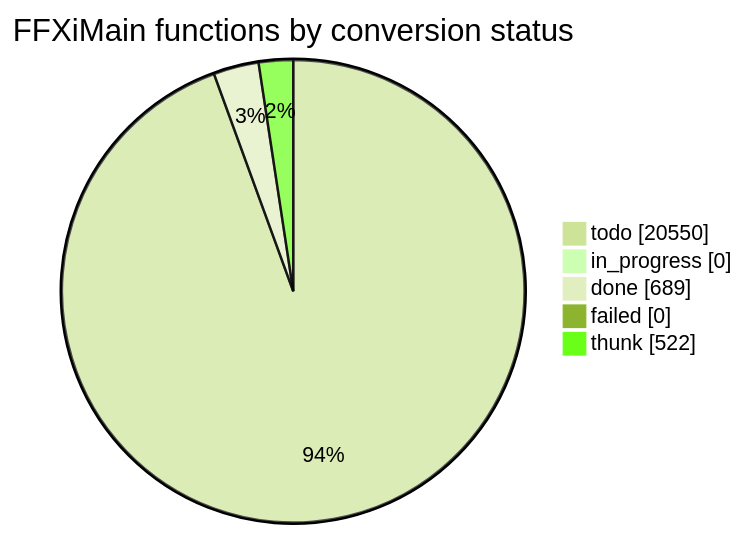
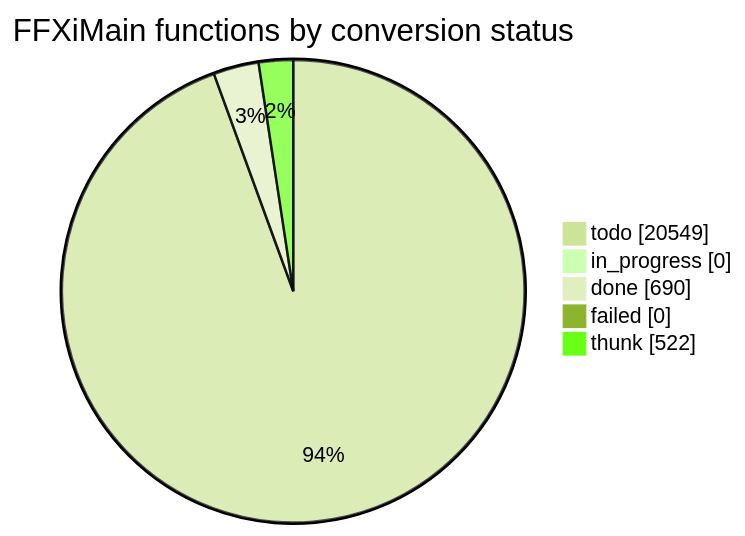
The diagram in docs/cow/STATUS.md (cowrevenge/cow_kuluu_xi_anything), drawn with Mermaid (forest theme) before and after one commit. The commit also changed other lines of this file and 9 other files, not shown here.

````diff
--- a/docs/cow/STATUS.md
+++ b/docs/cow/STATUS.md
@@ -18,9 +18,9 @@
 ```mermaid
 pie showData
     title FFXiMain functions by conversion status
-    "todo" : 20550
+    "todo" : 20549
     "in_progress" : 0
-    "done" : 689
+    "done" : 690
     "failed" : 0
     "thunk" : 522
 ```
````
